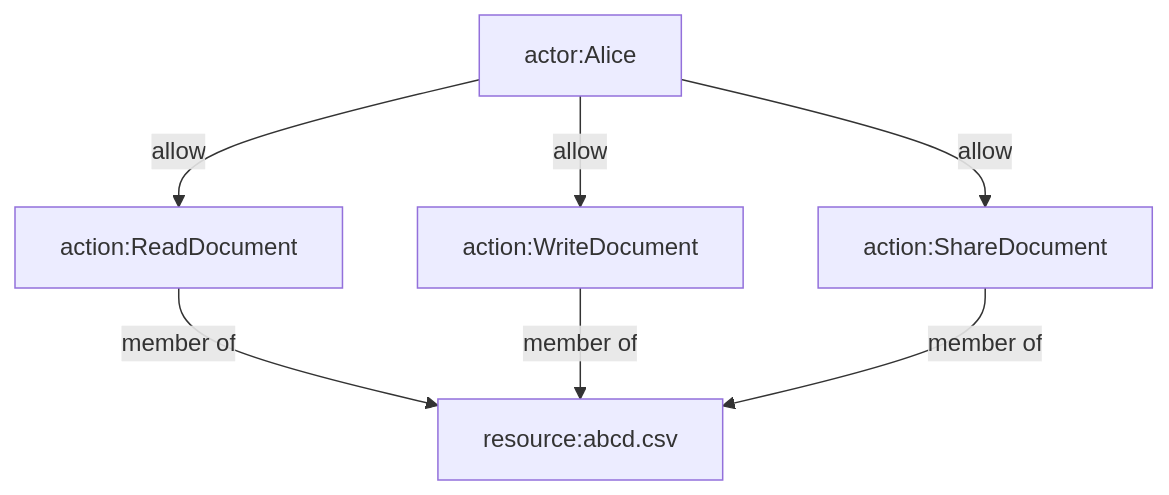
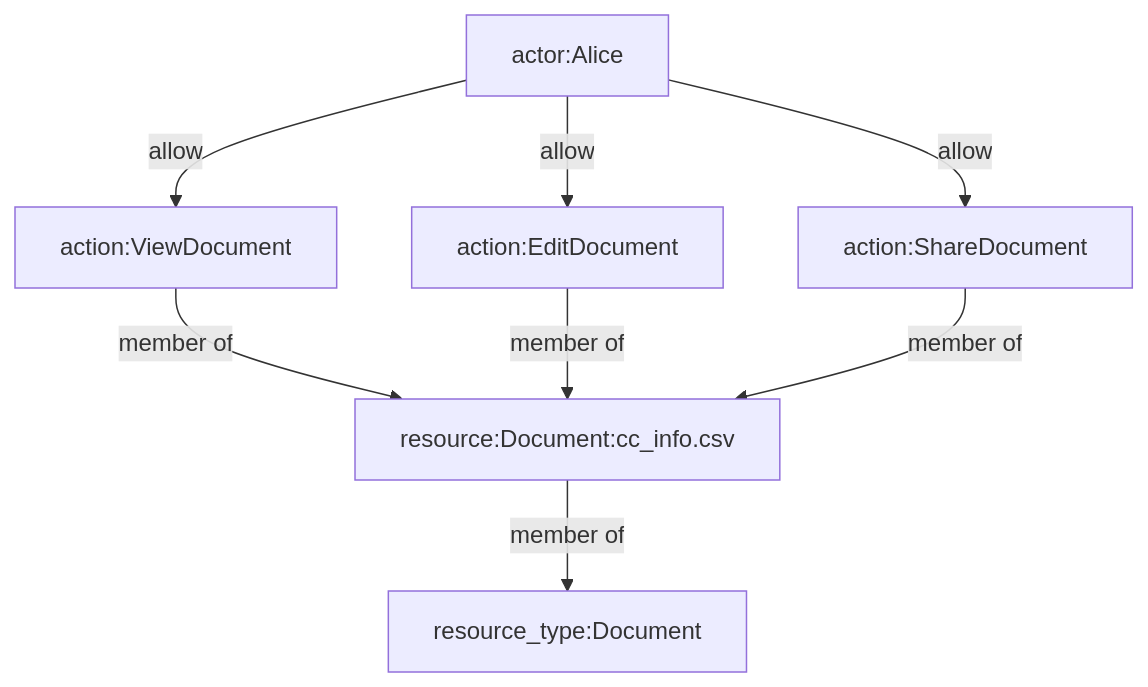
The first of 4 diagrams in docs/index.md (graydenshand/permission-graph), drawn with Mermaid before and after one commit. The commit also changed other lines of this file and 12 other files, not shown here.

Commit message:
Pydantic, doc tests, resource-type nodes

````diff
--- a/docs/index.md
+++ b/docs/index.md
@@ -10,16 +19,19 @@
     ```mermaid
     flowchart
         alice[actor:Alice]
-        document[resource:abcd.csv]
-        read[action:ReadDocument]
-        write[action:WriteDocument]
+        document_type[resource_type:Document]
+        document[resource:Document:cc_info.csv]
+        read[action:ViewDocument]
+        write[action:EditDocument]
         share[action:ShareDocument]
+
+        document-->|member of|document_type
 
         read-->|member of|document
         write-->|member of|document
         share-->|member of|document
 
         alice-->|allow|read
         alice-->|allow|write
         alice-->|allow|share
     ```
````
